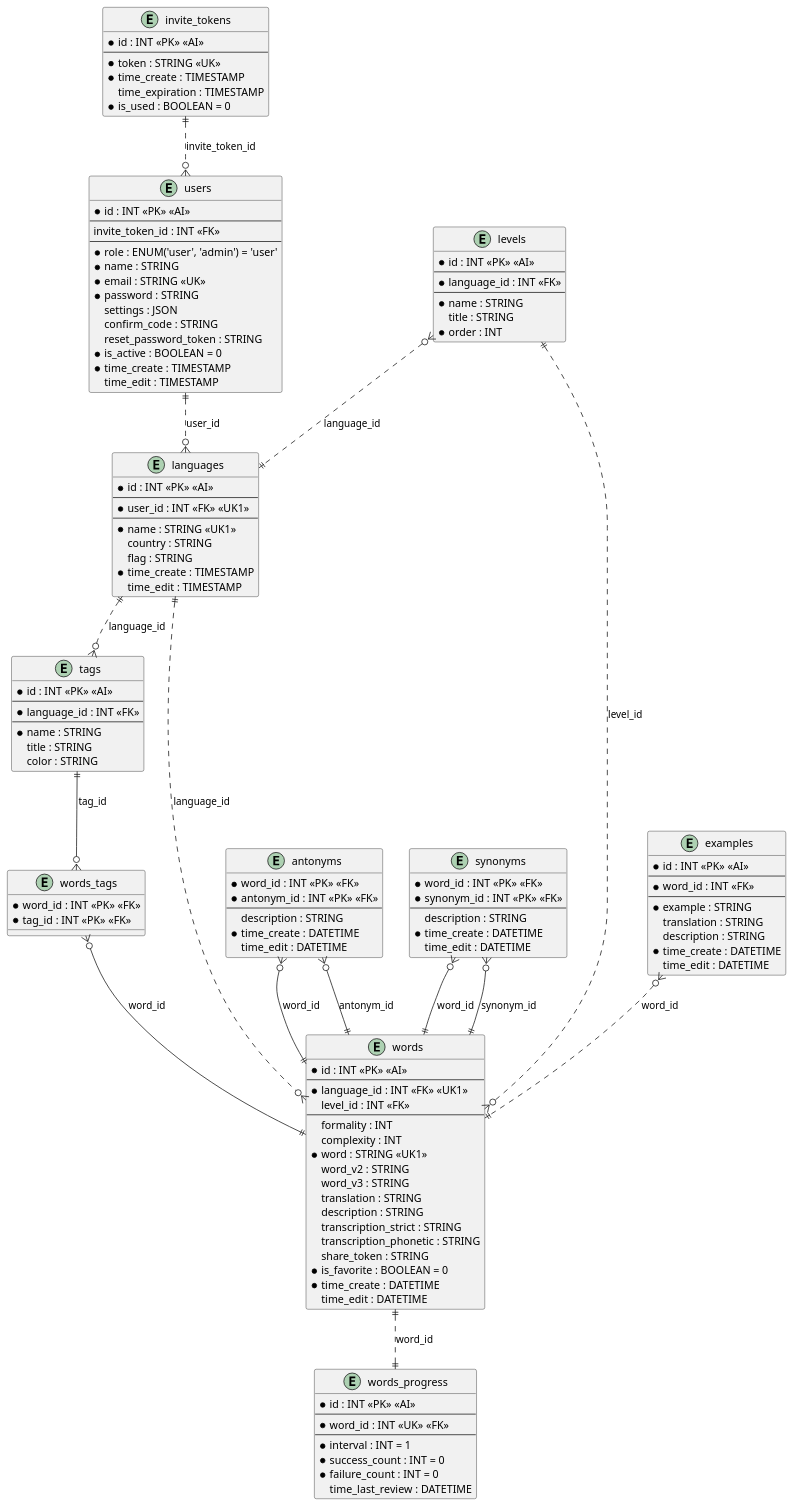
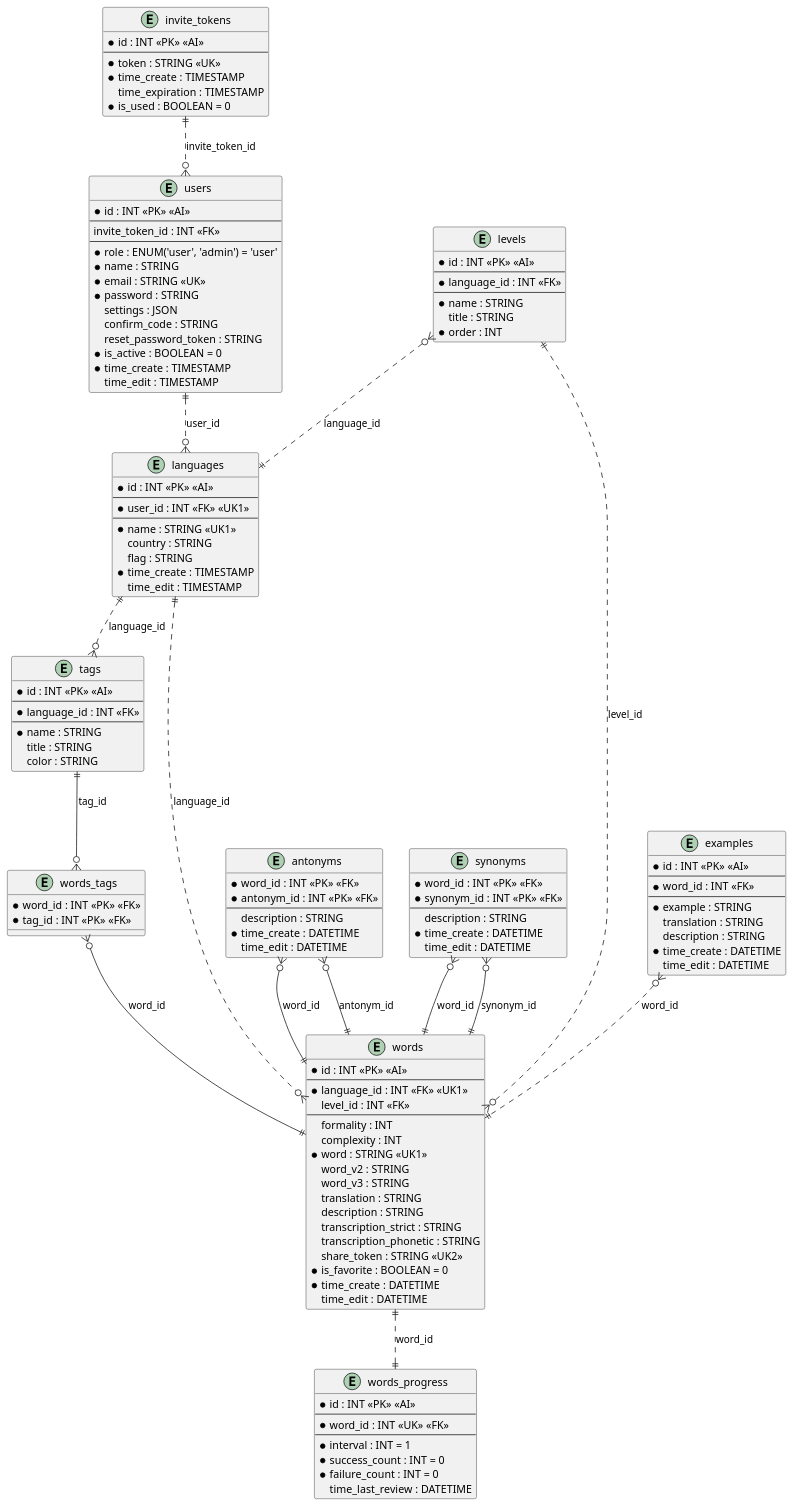
One commit to ewwmy/dictionary changed the diagram in database/model/dictionary.puml. Above: the diagram before and after it, drawn with PlantUML. The commit also changed 7 other files, not shown here.

```diff
--- a/database/model/dictionary.puml
+++ b/database/model/dictionary.puml
@@ -1,146 +1,146 @@
 @startuml dictionary
 
 ' this flag is used to make wires straight-angled:
 ' skinparam linetype ortho
 
 entity invite_tokens {
   * id : INT <<PK>> <<AI>>
   ---
   * token : STRING <<UK>>
   * time_create : TIMESTAMP
   time_expiration : TIMESTAMP
   * is_used : BOOLEAN = 0
 }
 
 entity users {
   * id : INT <<PK>> <<AI>>
   ---
   invite_token_id : INT <<FK>>
   ---
   * role : ENUM('user', 'admin') = 'user'
   * name : STRING
   * email : STRING <<UK>>
   * password : STRING
   settings : JSON
   confirm_code : STRING
   reset_password_token : STRING
   * is_active : BOOLEAN = 0
   * time_create : TIMESTAMP
   time_edit : TIMESTAMP
 }
 
 entity languages {
   * id : INT <<PK>> <<AI>>
   ---
   * user_id : INT <<FK>> <<UK1>>
   ---
   * name : STRING <<UK1>>
   country : STRING
   flag : STRING
   * time_create : TIMESTAMP
   time_edit : TIMESTAMP
 }
 
 entity tags {
   * id : INT <<PK>> <<AI>>
   ---
   * language_id : INT <<FK>>
   ---
   * name : STRING
   title : STRING
   color : STRING
 }
 
 entity words_tags {
   * word_id : INT <<PK>> <<FK>>
   * tag_id : INT <<PK>> <<FK>>
 }
 
 entity words_progress {
   * id : INT <<PK>> <<AI>>
   ---
   * word_id : INT <<UK>> <<FK>>
   ---
   * interval : INT = 1
   * success_count : INT = 0
   * failure_count : INT = 0
   time_last_review : DATETIME
 }
 
 entity antonyms {
   * word_id : INT <<PK>> <<FK>>
   * antonym_id : INT <<PK>> <<FK>>
   ---
   description : STRING
   * time_create : DATETIME
   time_edit : DATETIME
 }
 
 entity synonyms {
   * word_id : INT <<PK>> <<FK>>
   * synonym_id : INT <<PK>> <<FK>>
   ---
   description : STRING
   * time_create : DATETIME
   time_edit : DATETIME
 }
 
 entity words {
   * id : INT <<PK>> <<AI>>
   ---
   * language_id : INT <<FK>> <<UK1>>
   level_id : INT <<FK>>
   ---
   formality : INT
   complexity : INT
   * word : STRING <<UK1>>
   word_v2 : STRING
   word_v3 : STRING
   translation : STRING
   description : STRING
   transcription_strict : STRING
   transcription_phonetic : STRING
-  share_token : STRING
+  share_token : STRING <<UK2>>
   * is_favorite : BOOLEAN = 0
   * time_create : DATETIME
   time_edit : DATETIME
 }
 
 entity levels {
   * id : INT <<PK>> <<AI>>
   ---
   * language_id : INT <<FK>>
   ---
   * name : STRING
   title : STRING
   * order : INT
 }
 
 entity examples {
   * id : INT <<PK>> <<AI>>
   ---
   * word_id : INT <<FK>>
   ---
   * example : STRING
   translation : STRING
   description : STRING
   * time_create : DATETIME
   time_edit : DATETIME
 }
 
 invite_tokens ||..o{ users : "invite_token_id"
 users ||..o{ languages : "user_id"
 languages ||..o{ tags : "language_id"
 languages ||..o{ words : "language_id"
 examples }o..|| words : "word_id"
 tags ||--o{ words_tags : "tag_id"
 words_tags }o--|| words : "word_id"
 antonyms }o--|| words : "word_id"
 antonyms }o--|| words : "antonym_id"
 synonyms }o--|| words : "word_id"
 synonyms }o--|| words : "synonym_id"
 words ||..|| words_progress : "word_id"
 levels }o..|| languages : "language_id"
 levels ||..o{ words : "level_id"
 
 @enduml
```
